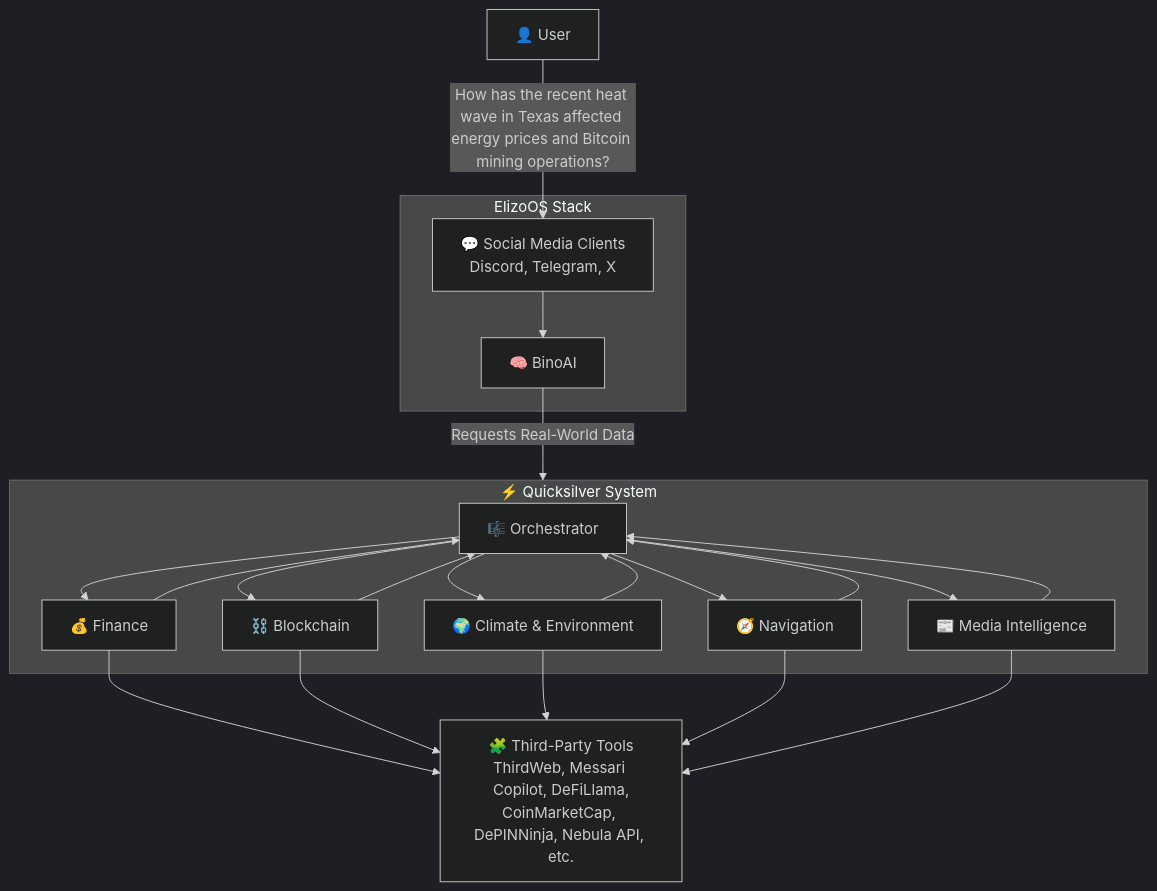
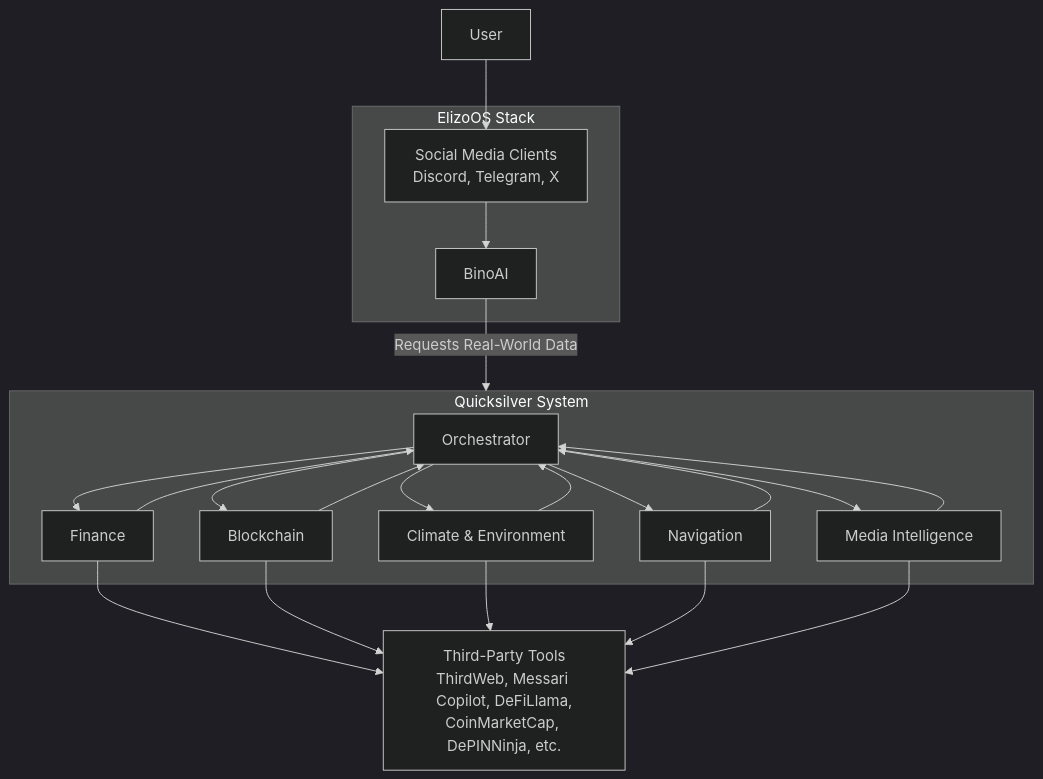
Before and after one commit to iotexproject/quicksilver: the diagram in README.md, drawn with Mermaid (dark theme).

Commit message:
docs: Update README.md architecture diagram for clarity
- Refined the architecture diagram by simplifying node labels for better readability.
- Removed unnecessary emojis and standardized names to enhance clarity and maintainability.

````diff
--- a/README.md
+++ b/README.md
@@ -60,36 +60,36 @@
 ```mermaid
 graph TD
-    User[👤 User]
-    User --> |How has the recent heat wave in Texas affected energy prices and Bitcoin mining operations?| SocialClients[💬 Social Media Clients<br/>Discord, Telegram, X]
+    User[User]
+    User --> SocialClients[Social Media Clients<br/>Discord, Telegram, X]
 
     subgraph ElizoOS Stack
-        SocialClients --> BinoAI[🧠 BinoAI]
+        SocialClients --> BinoAI[BinoAI]
     end
 
     BinoAI -->|Requests Real-World Data| QS
 
-    subgraph QS[⚡ Quicksilver System]
-        Orchestrator[🎼 Orchestrator] --> Finance[💰 Finance]
+    subgraph QS[Quicksilver System]
+        Orchestrator[Orchestrator] --> Finance[Finance]
         Finance --> Orchestrator
 
-        Orchestrator --> Blockchain[⛓️ Blockchain]
+        Orchestrator --> Blockchain[Blockchain]
         Blockchain --> Orchestrator
 
-        Orchestrator --> Climate[🌍 Climate & Environment]
+        Orchestrator --> Climate[Climate & Environment]
         Climate --> Orchestrator
 
-        Orchestrator --> Navigation[🧭 Navigation]
+        Orchestrator --> Navigation[Navigation]
         Navigation --> Orchestrator
 
-        Orchestrator --> Media[📰 Media Intelligence]
+        Orchestrator --> Media[Media Intelligence]
         Media --> Orchestrator
     end
 
-    ThirdParty[🧩 Third-Party Tools<br/>ThirdWeb, Messari Copilot, DeFiLlama,<br/>CoinMarketCap, DePINNinja, Nebula API, etc.]
+    ThirdParty[Third-Party Tools<br/>ThirdWeb, Messari Copilot, DeFiLlama,<br/>CoinMarketCap, DePINNinja, etc.]
 
     Finance --> ThirdParty
     Blockchain --> ThirdParty
     Climate --> ThirdParty
     Navigation --> ThirdParty
     Media --> ThirdParty
 ```
````
